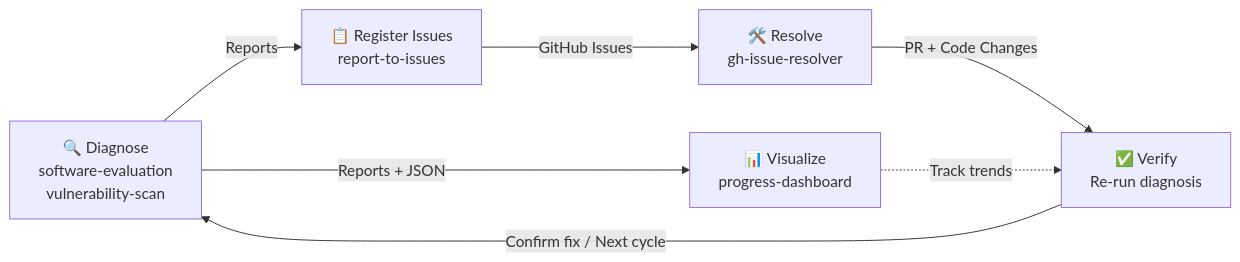
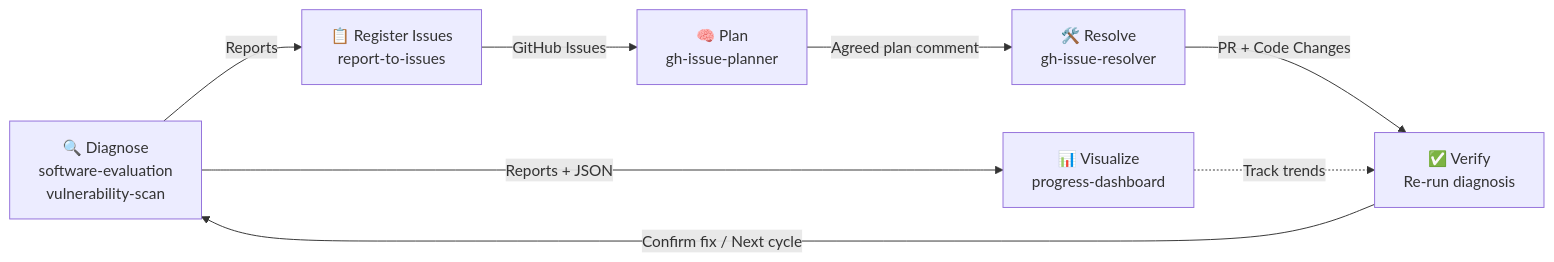
One commit to ymd38/dev-skills changed the diagram in README.md. Above: the diagram before and after it, drawn with Mermaid. The commit also changed other lines of this file and 2 other files, not shown here.

First line of the commit message:
feat: split gh-issue-resolver into planner and resolver skills

````diff
--- a/README.md
+++ b/README.md
@@ -13,15 +13,17 @@
 ```mermaid
 graph LR
     Diagnose["🔍 Diagnose<br/>software-evaluation<br/>vulnerability-scan"]
     Visualize["📊 Visualize<br/>progress-dashboard"]
     Register["📋 Register Issues<br/>report-to-issues"]
+    Plan["🧠 Plan<br/>gh-issue-planner"]
     Resolve["🛠️ Resolve<br/>gh-issue-resolver"]
     Verify["✅ Verify<br/>Re-run diagnosis"]
 
     Diagnose -- "Reports + JSON" --> Visualize
     Diagnose -- "Reports" --> Register
-    Register -- "GitHub Issues" --> Resolve
+    Register -- "GitHub Issues" --> Plan
+    Plan -- "Agreed plan comment" --> Resolve
     Resolve -- "PR + Code Changes" --> Verify
     Verify -- "Confirm fix / Next cycle" --> Diagnose
     Visualize -. "Track trends" .-> Verify
 ```
````
